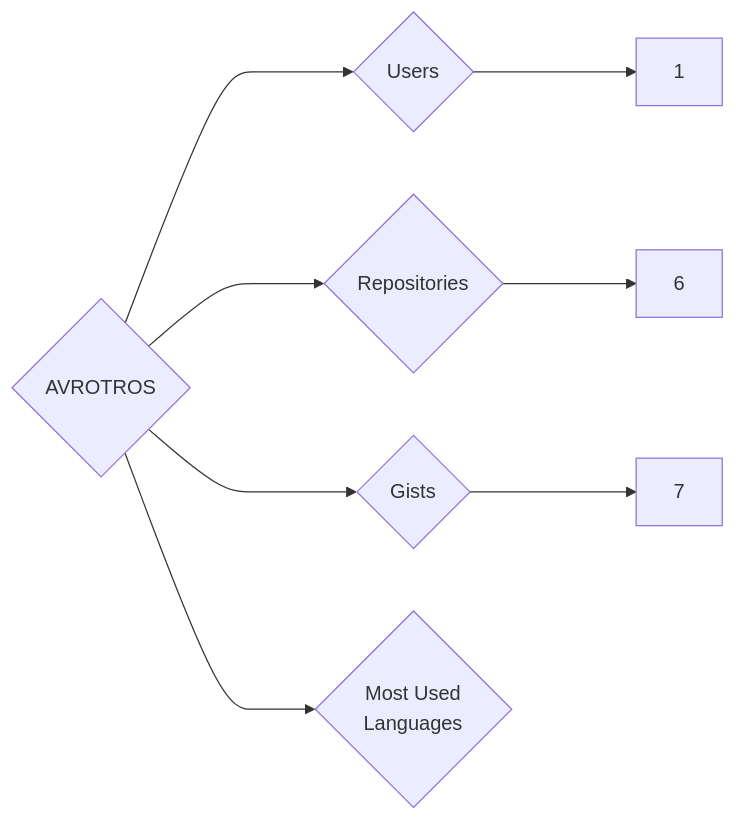
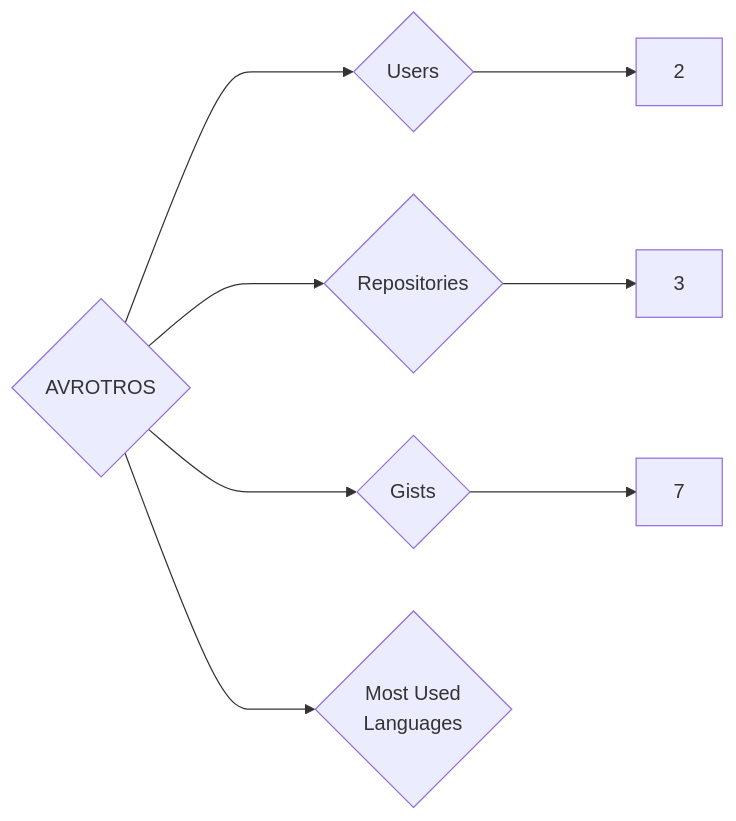
Before and after one commit to trickest/insiders: the diagram in targets/AVROTROS/README.md, drawn with Mermaid. The commit also changed 985 other files, not shown here.

````diff
--- a/targets/AVROTROS/README.md
+++ b/targets/AVROTROS/README.md
@@ -3,8 +3,8 @@
 ```mermaid
 graph LR
 COMPANY_NAME{AVROTROS}
-COMPANY_NAME ---> U{Users} ---> UN[1]
-COMPANY_NAME ---> R{Repositories} ---> RN[6]
+COMPANY_NAME ---> U{Users} ---> UN[2]
+COMPANY_NAME ---> R{Repositories} ---> RN[3]
 COMPANY_NAME ---> G{Gists} ---> GN[7]
 COMPANY_NAME ---> ML{Most Used<br>Languages}
 ```
````
